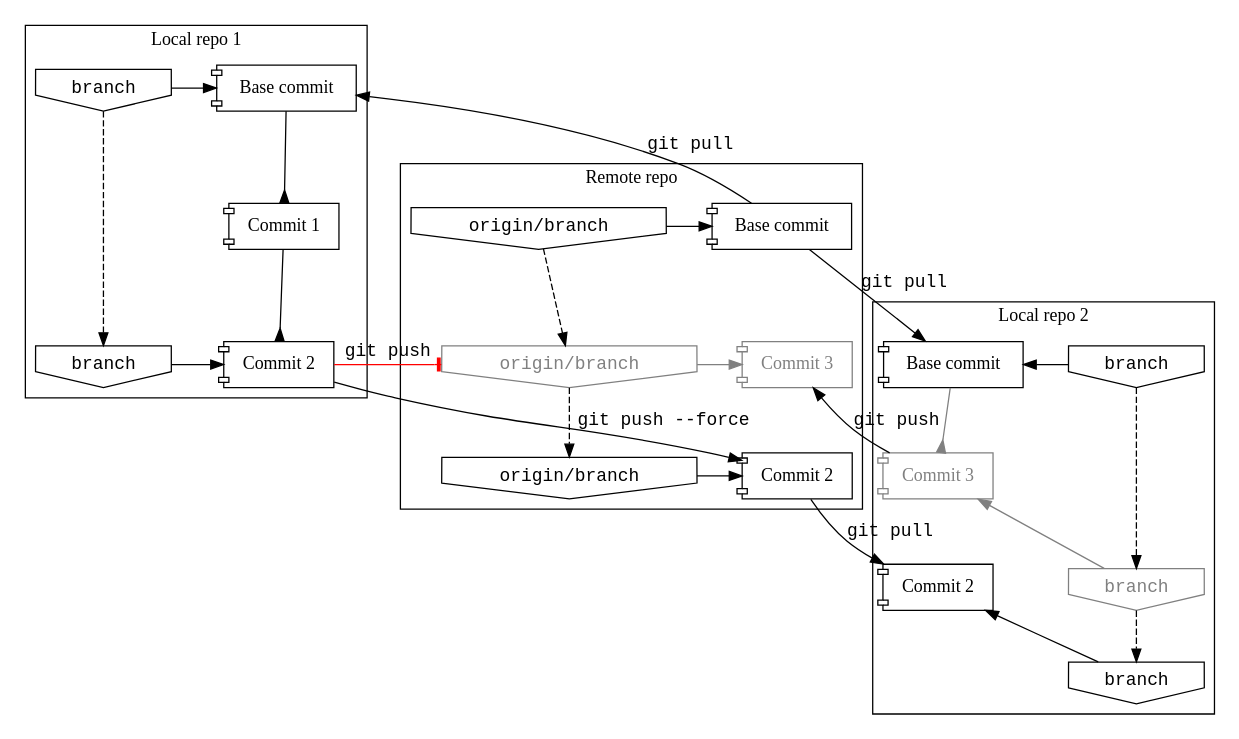
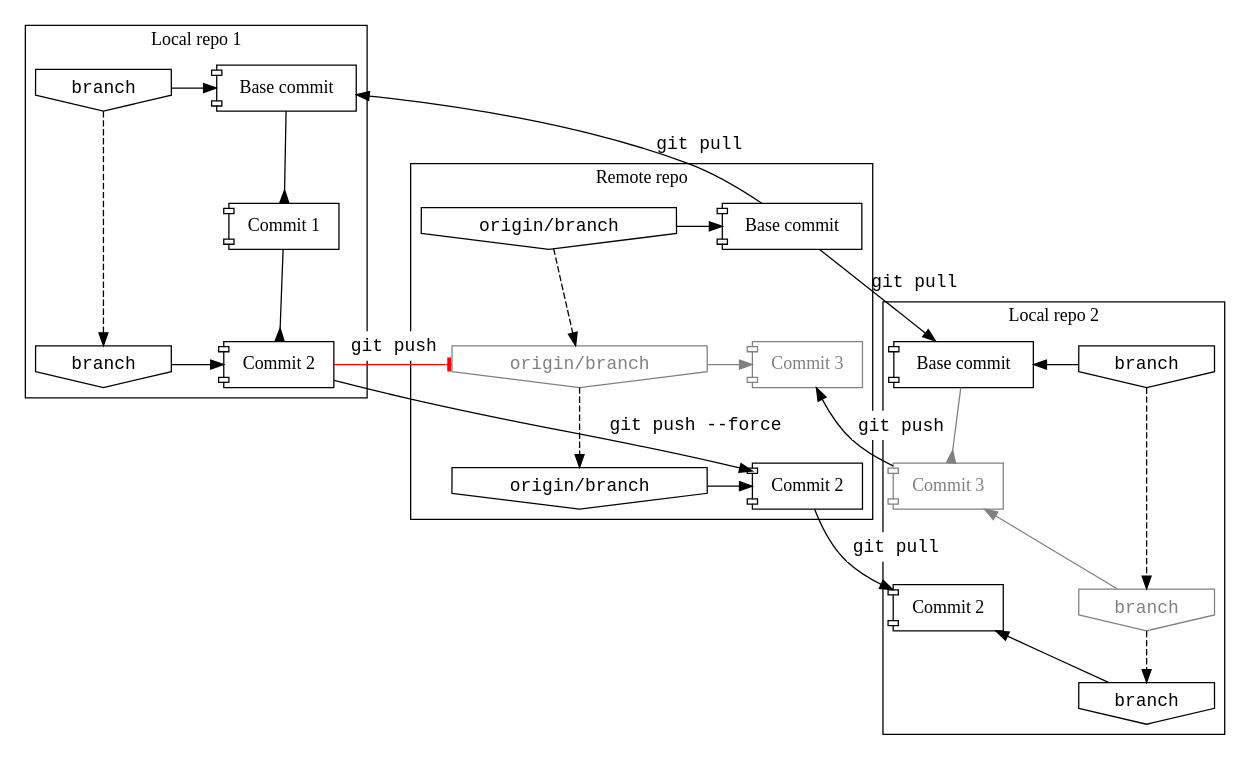
Before and after one commit to mathling-programming/lectures: the fifth of 7 diagrams in source/gitanatomy.rst, drawn with Graphviz. The commit also changed other lines of this file and 1 other file, not shown here.

```diff
--- a/source/gitanatomy.rst
+++ b/source/gitanatomy.rst
@@ -212,64 +215,64 @@
 .. graphviz::
 
    digraph {
       subgraph cluster_baserepo {
          label = "Remote repo"
          base_commit [ shape = component, label = "Base commit" ]
          origin_branch [ shape = invhouse,  label = "origin/branch", fontname = "monospace" ]
          commit3_base  [ shape = component, label = "Commit 3", color = gray, fontcolor = gray  ]
          commit2_base  [ shape = component, label = "Commit 2" ]
          origin_branch_new [ shape = invhouse, label = "origin/branch", fontname = "monospace", color = gray, fontcolor = gray ]
          origin_branch_forced [ shape = invhouse, label = "origin/branch", fontname = "monospace" ]
 
          origin_branch -> base_commit [ constraint = false ]
          origin_branch_new -> commit3_base [ constraint = false, color = gray ]
          origin_branch_forced -> commit2_base [ constraint = false ]
 
          base_commit -> commit3_base [ style = invis ]
          commit3_base -> commit2_base [ style = invis ]
 
          origin_branch -> origin_branch_new [ style = dashed ]
          origin_branch_new -> origin_branch_forced [ style = dashed ]
       }
 
       subgraph cluster_repo1 {
           label = "Local repo 1"
           base_commit0 [ shape = component, label = "Base commit" ]
           local_branch [ shape = invhouse, label = "branch", fontname = "monospace" ]
           commit1 [ shape = component, label = "Commit 1" ]
           commit2 [ shape = component, label = "Commit 2" ]
           local_branch_new [ shape = invhouse, label = "branch", fontname = "monospace" ]
 
           local_branch -> base_commit0 [ constraint = false ]
           base_commit0 -> commit1 [ arrowhead = inv ]
           commit1 -> commit2 [ arrowhead = inv ]
           local_branch_new -> commit2 [ constraint = false ]
 
           local_branch -> local_branch_new [ style = dashed, minlen = 2 ]
       }
 
       subgraph cluster_repo2 {
           label = "Local repo 2"
           base_commit1 [ shape = component, label = "Base commit" ]
           local_branch2 [ shape = invhouse,  label = "branch", fontname = "monospace" ]
           commit3 [ shape = component, label = "Commit 3", color = gray, fontcolor = gray   ]
           local_branch_new2 [ shape = invhouse, label = "branch", fontname = "monospace", color = gray, fontcolor = gray   ]
           local_branch_forced2 [ shape = invhouse, label = "branch", fontname = "monospace" ]
           commit2_2 [ shape = component, label = "Commit 2"]
 
           base_commit1 -> commit3 [ arrowhead = inv, color = gray ]
           local_branch2 -> base_commit1 [ constraint = false ]
           local_branch2 -> local_branch_new2 [ style = dashed, minlen = 2 ]
           local_branch_new2 -> commit3 [ constraint = false, color = gray ]
           local_branch_forced2 -> commit2_2 [ constraint = false ]
           commit3 -> commit2_2 [ style = invis ]
           local_branch_new2 -> local_branch_forced2 [ style = dashed ]
       }
 
       base_commit -> base_commit0 [ label = "git pull", fontname = "monospace" ]
       base_commit -> base_commit1 [ label = "git pull", fontname = "monospace" ]
-      commit3 -> commit3_base [ label = "git push", fontname = "monospace" ]
-      commit2 -> origin_branch_new [ label = "git push", color = red, arrowhead = tee, fontname = "monospace" ]
+      commit3 -> commit3_base [ label = <<table bgcolor="white" border="0" cellborder="0"><tr><td>git push</td></tr></table>>, fontname = "monospace" ]
+      commit2 -> origin_branch_new [ label = <<table bgcolor="white" border="0" cellborder="0"><tr><td>git push</td></tr></table>>, color = red, arrowhead = tee, fontname = "monospace" ]
       commit2 -> commit2_base [ label = "git push --force", fontname = "monospace" ]
-      commit2_base -> commit2_2 [ label = "git pull", fontname = "monospace" ]
+      commit2_base -> commit2_2 [ label = <<table bgcolor="white" border="0" cellborder="0"><tr><td>git pull</td></tr></table>>, fontname = "monospace" ]
    }
```
